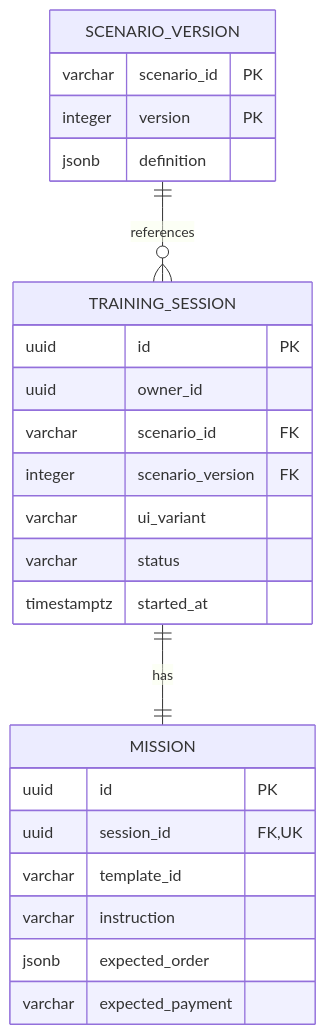
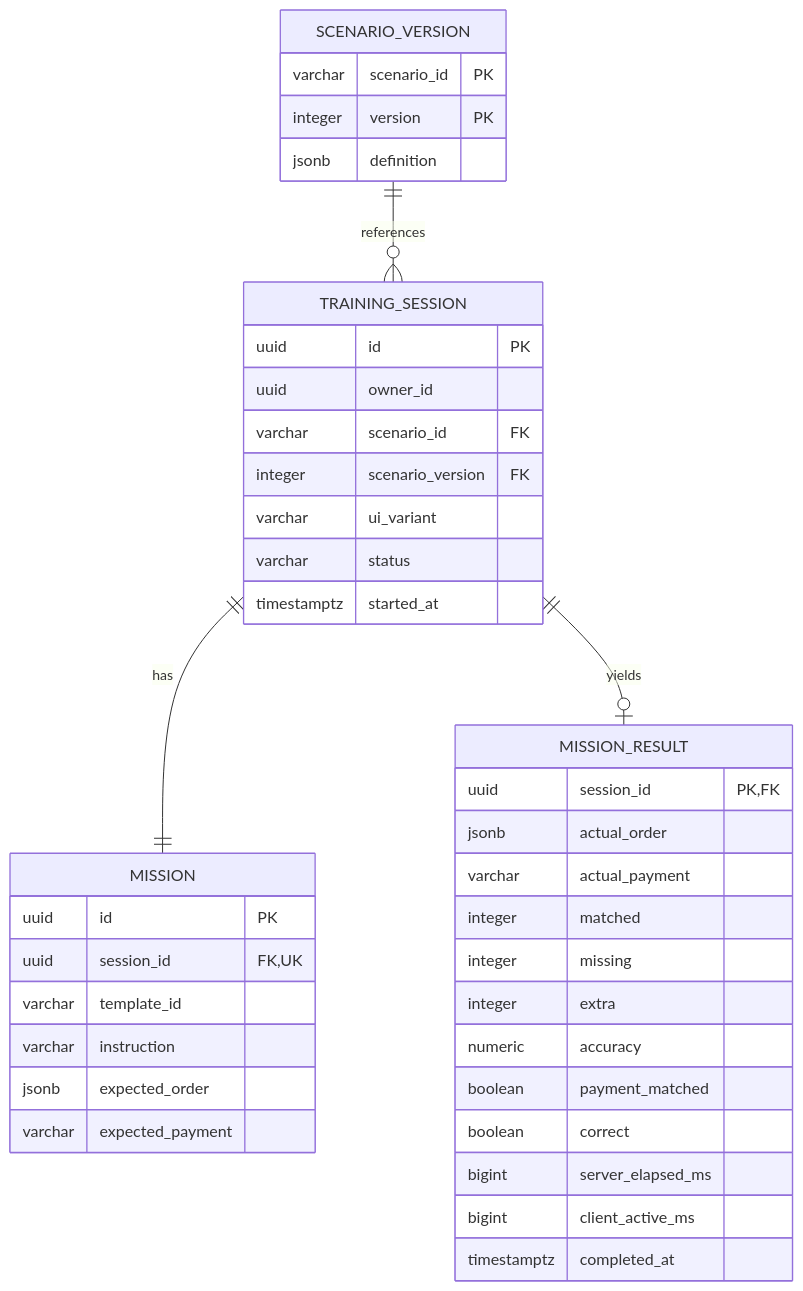
Before and after one commit to ElephantAnthony/kiosk-web: the diagram in docs/design/ERD.md, drawn with Mermaid. The commit also changed other lines of this file and 13 other files, not shown here.

````diff
--- a/docs/design/ERD.md
+++ b/docs/design/ERD.md
@@ -3,27 +3,42 @@
 ```mermaid
 erDiagram
     SCENARIO_VERSION ||--o{ TRAINING_SESSION : references
     TRAINING_SESSION ||--|| MISSION : has
+    TRAINING_SESSION ||--o| MISSION_RESULT : yields
     SCENARIO_VERSION {
         varchar scenario_id PK
         integer version PK
         jsonb definition
     }
     TRAINING_SESSION {
         uuid id PK
         uuid owner_id
         varchar scenario_id FK
         integer scenario_version FK
         varchar ui_variant
         varchar status
         timestamptz started_at
     }
     MISSION {
         uuid id PK
         uuid session_id FK,UK
         varchar template_id
         varchar instruction
         jsonb expected_order
         varchar expected_payment
     }
+    MISSION_RESULT {
+        uuid session_id PK,FK
+        jsonb actual_order
+        varchar actual_payment
+        integer matched
+        integer missing
+        integer extra
+        numeric accuracy
+        boolean payment_matched
+        boolean correct
+        bigint server_elapsed_ms
+        bigint client_active_ms
+        timestamptz completed_at
+    }
 ```
````
